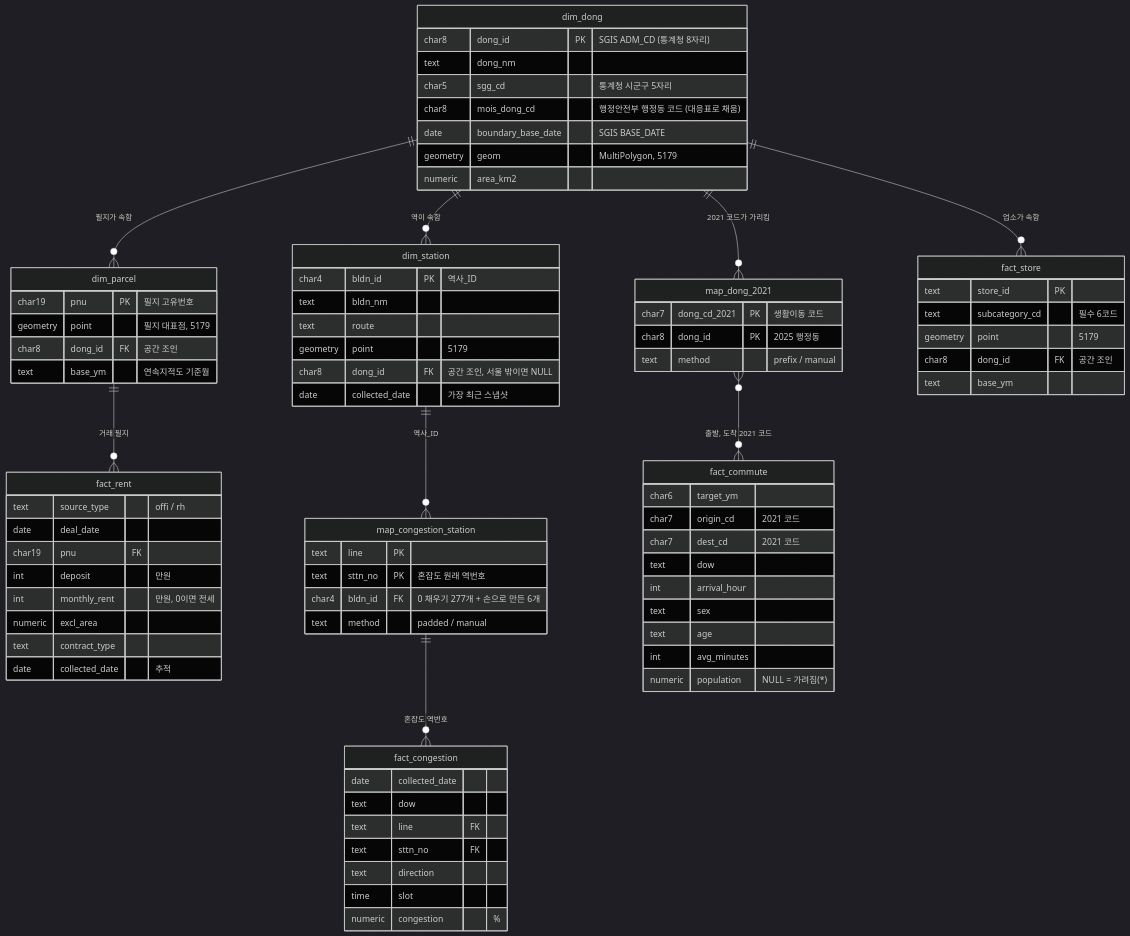
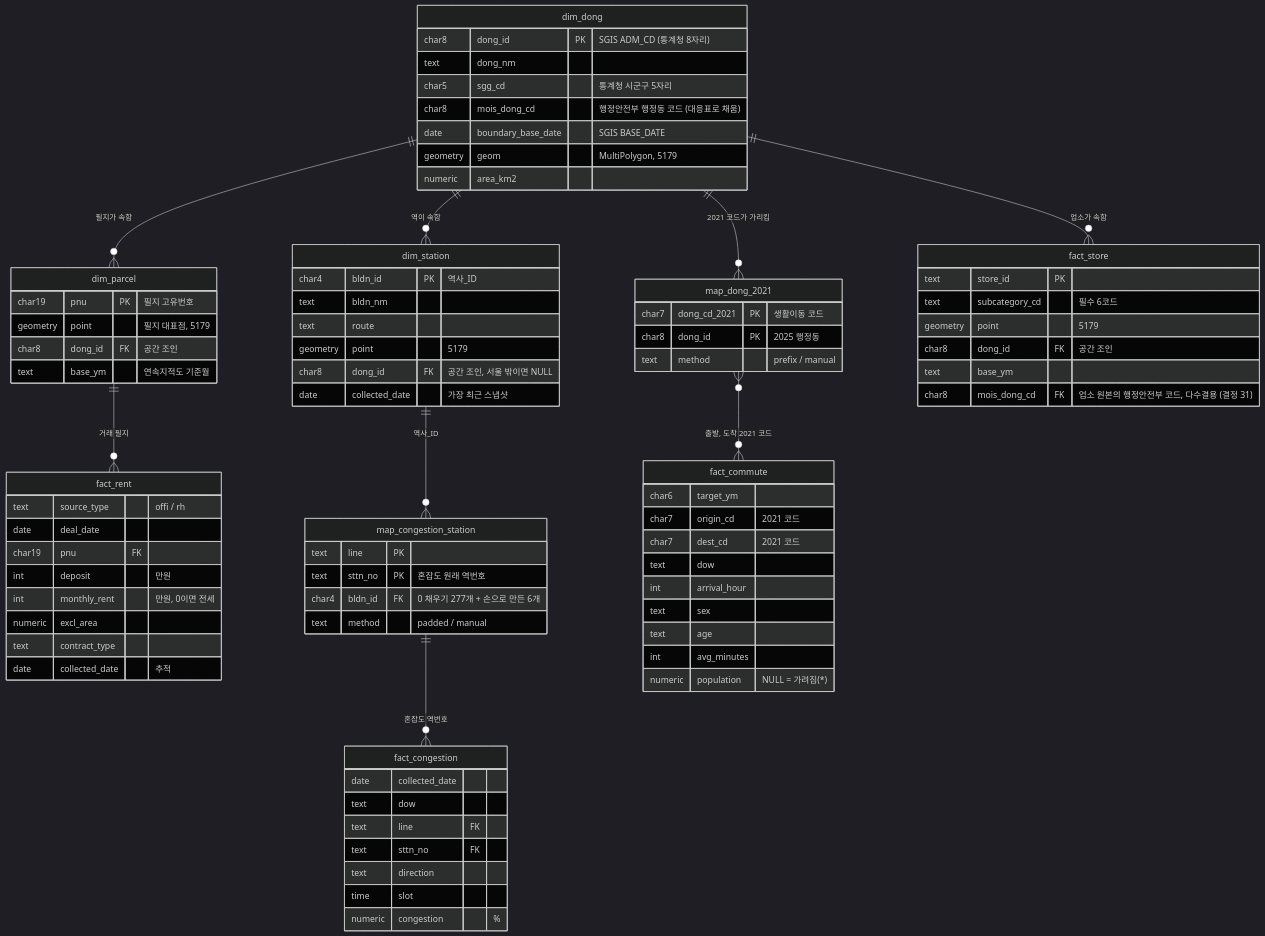
The diagram in docs/erd.md (sozerong/home_in_seoul), drawn with Mermaid (dark theme) before and after one commit. The commit also changed other lines of this file and 47 other files, not shown here.

````diff
--- a/docs/erd.md
+++ b/docs/erd.md
@@ -91,5 +92,6 @@
         geometry point "5179"
         char8 dong_id FK "공간 조인"
         text base_ym
+        char8 mois_dong_cd FK "업소 원본의 행정안전부 코드, 다수결용 (결정 31)"
     }
 ```
````
